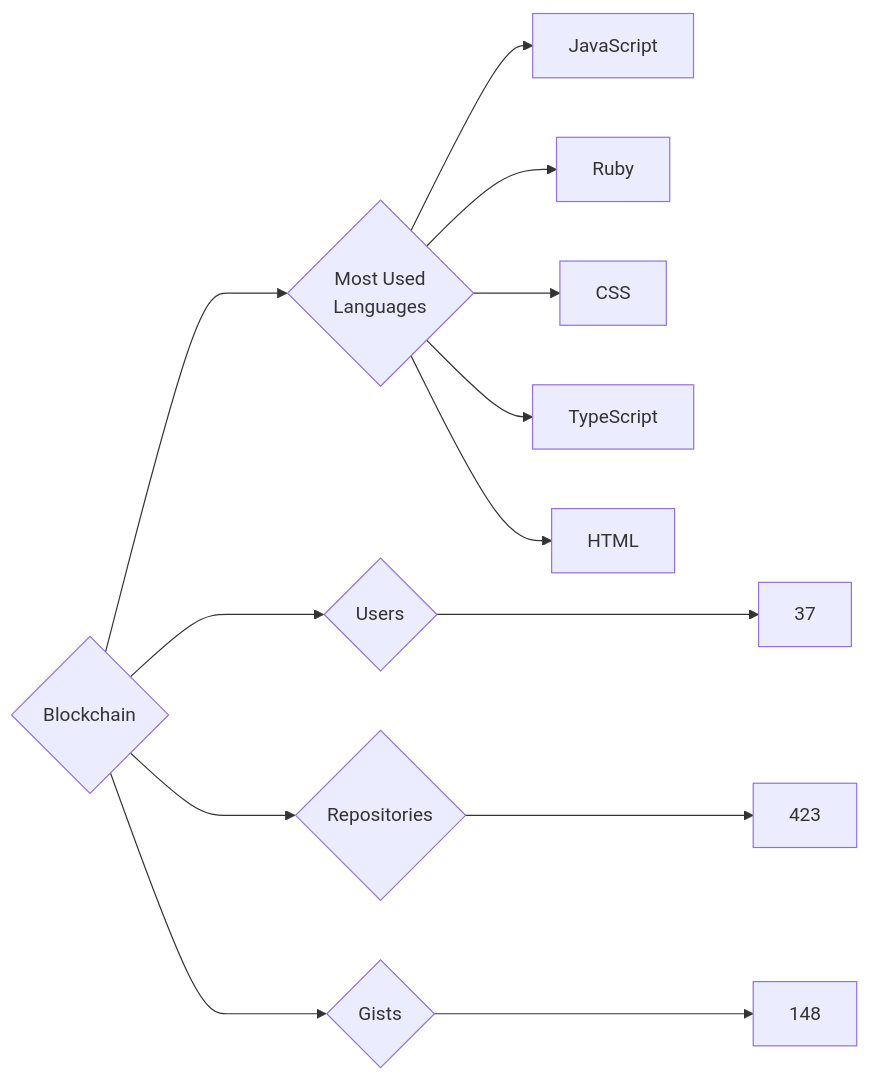
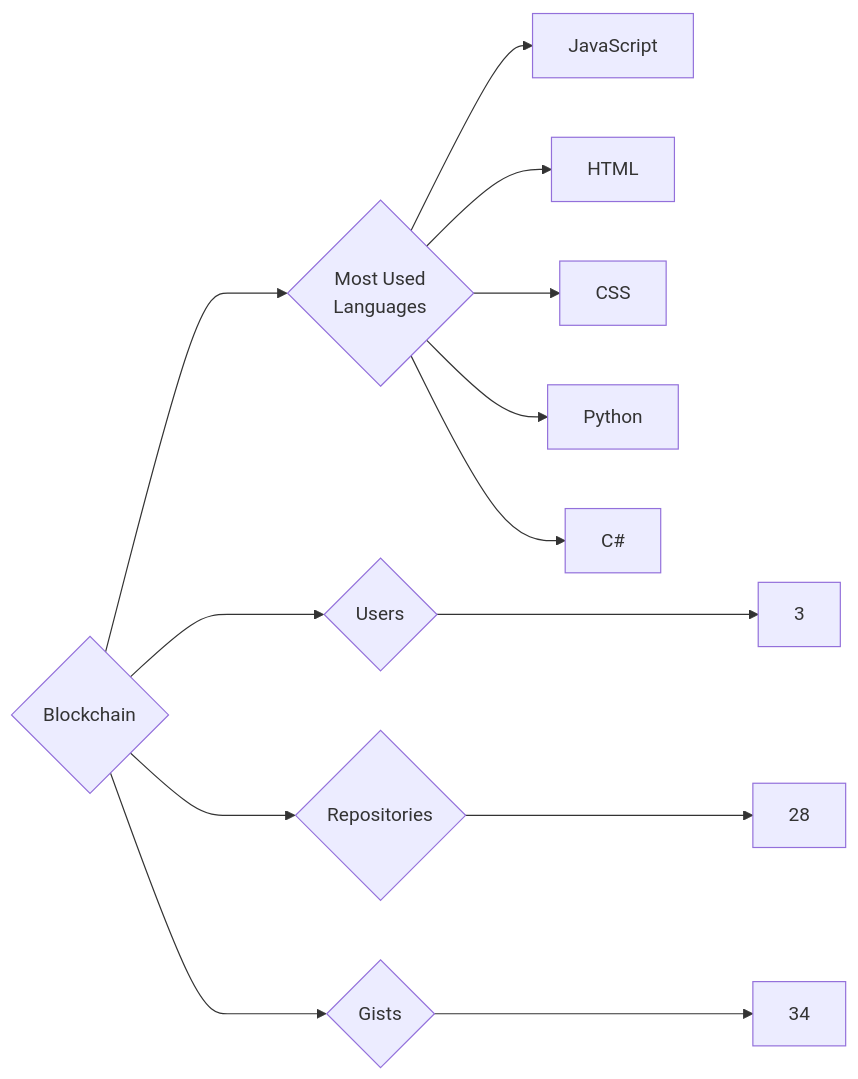
The diagram in targets/Blockchain/README.md (trickest/insiders), drawn with Mermaid before and after one commit. The commit also changed 611 other files, not shown here.

````diff
--- a/targets/Blockchain/README.md
+++ b/targets/Blockchain/README.md
@@ -3,13 +3,13 @@
 ```mermaid
 graph LR
 COMPANY_NAME{Blockchain}
-COMPANY_NAME ---> U{Users} ---> UN[37]
-COMPANY_NAME ---> R{Repositories} ---> RN[423]
-COMPANY_NAME ---> G{Gists} ---> GN[148]
+COMPANY_NAME ---> U{Users} ---> UN[3]
+COMPANY_NAME ---> R{Repositories} ---> RN[28]
+COMPANY_NAME ---> G{Gists} ---> GN[34]
 COMPANY_NAME ---> ML{Most Used<br>Languages}
 ML --> JavaScript[JavaScript]
-ML --> Ruby[Ruby]
+ML --> HTML[HTML]
 ML --> CSS[CSS]
-ML --> TypeScript[TypeScript]
-ML --> HTML[HTML]
+ML --> Python[Python]
+ML --> C#[C#]
 ```
````
